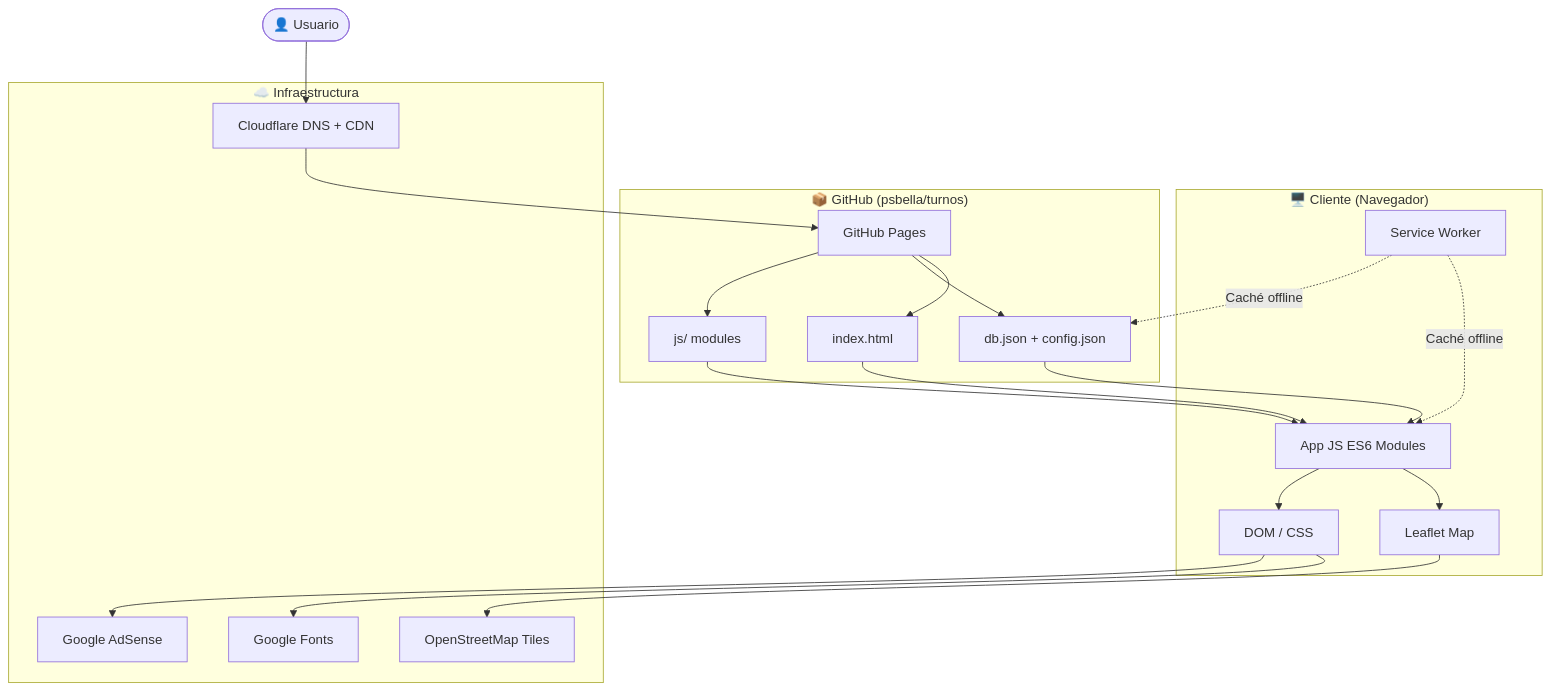
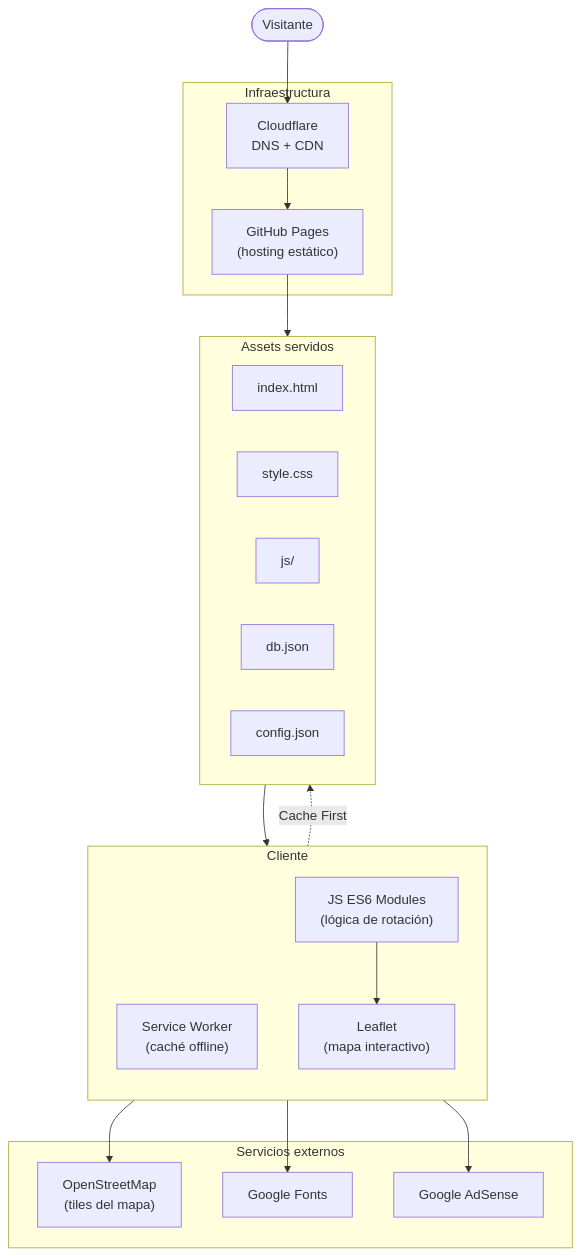
The second of 6 diagrams in README.md (psbella/turnos), drawn with Mermaid before and after one commit. The commit also changed other lines of this file, not shown here.

````diff
--- a/README.md
+++ b/README.md
@@ -106,39 +76,38 @@
 ```mermaid
 graph TB
-    subgraph Cliente["🖥️ Cliente (Navegador)"]
-        SW[Service Worker]
-        APP[App JS ES6 Modules]
-        MAP[Leaflet Map]
-        UI[DOM / CSS]
+    subgraph user["Cliente"]
+        direction TB
+        SW["Service Worker\n(caché offline)"]
+        APP["JS ES6 Modules\n(lógica de rotación)"]
+        MAP["Leaflet\n(mapa interactivo)"]
     end
 
-    subgraph Repo["📦 GitHub (psbella/turnos)"]
-        GHP[GitHub Pages]
-        DATA[db.json + config.json]
-        JS[js/ modules]
-        HTML[index.html]
+    subgraph infra["Infraestructura"]
+        CF["Cloudflare\nDNS + CDN"]
+        GHP["GitHub Pages\n(hosting estático)"]
     end
 
-    subgraph Infra["☁️ Infraestructura"]
-        CF[Cloudflare DNS + CDN]
-        GF[Google Fonts]
-        OSM[OpenStreetMap Tiles]
-        ADS[Google AdSense]
+    subgraph assets["Assets servidos"]
+        HTML["index.html"]
+        CSS["style.css"]
+        JSMOD["js/"]
+        DB["db.json"]
+        CFG["config.json"]
     end
 
-    USER([👤 Usuario]) --> CF
+    subgraph third["Servicios externos"]
+        OSM["OpenStreetMap\n(tiles del mapa)"]
+        GF["Google Fonts"]
+        ADS["Google AdSense"]
+    end
+
+    VISITOR([Visitante]) --> CF
     CF --> GHP
-    GHP --> HTML
-    GHP --> DATA
-    GHP --> JS
-    HTML --> APP
-    DATA --> APP
-    JS --> APP
+    GHP --> assets
+    assets --> APP
     APP --> MAP
-    APP --> UI
     MAP --> OSM
-    UI --> GF
-    UI --> ADS
-    SW -.->|Caché offline| APP
-    SW -.->|Caché offline| DATA
+    SW -.->|"Cache First"| assets
+    APP --> GF
+    APP --> ADS
 ```
````
